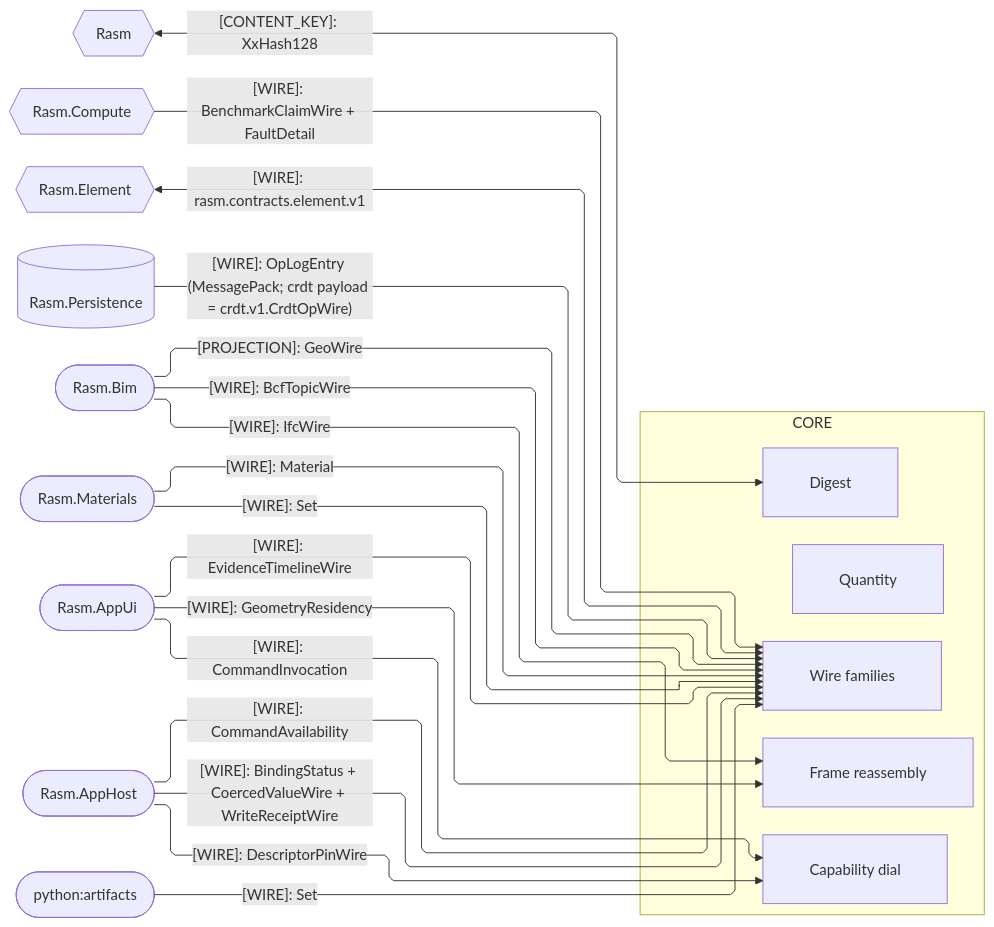
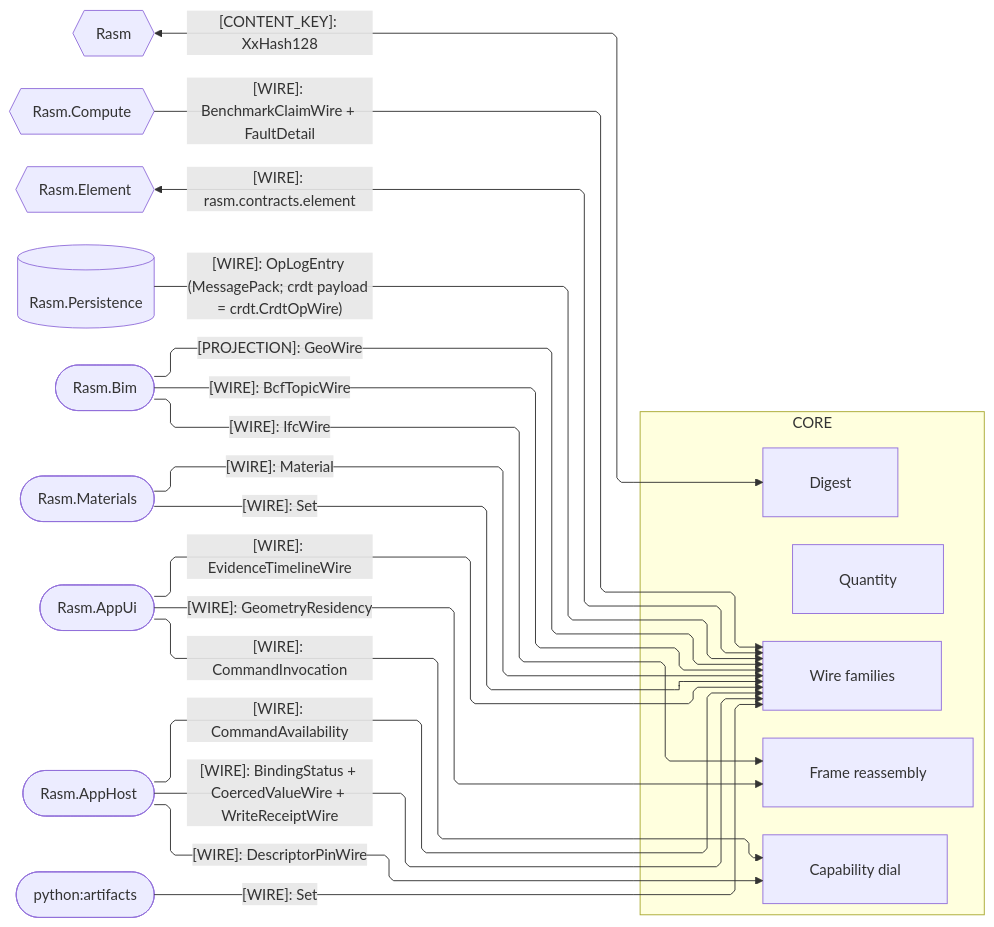
One commit to bsamiee/Rasm changed the second of 4 diagrams in libs/typescript/core/ARCHITECTURE.md. Above: the diagram before and after it, drawn with Mermaid. The commit also changed 640 other files, not shown here.

````diff
--- a/libs/typescript/core/ARCHITECTURE.md
+++ b/libs/typescript/core/ARCHITECTURE.md
@@ -125,44 +125,44 @@
 ```mermaid
 ---
 config:
   layout: elk
   flowchart:
     curve: linear
     padding: 25
 ---
 flowchart LR
     accTitle: Core wire-plane seam registry
     accDescr: Wire, Frame, and Invoke admit peer-owned contracts; every external edge preserves its producer spelling.
     subgraph core[CORE]
         Digest[Digest]
         Quantity[Quantity]
         Wire[Wire families]
         Frame[Frame reassembly]
         Invoke[Capability dial]
     end
     Rasm{{Rasm}}
     Compute{{Rasm.Compute}}
     Element{{Rasm.Element}}
     Persistence[(Rasm.Persistence)]
     Bim([Rasm.Bim])
     Materials([Rasm.Materials])
     AppUi([Rasm.AppUi])
     AppHost([Rasm.AppHost])
     Artifacts([python:artifacts])
     Rasm e1@<-->|"[CONTENT_KEY]: XxHash128"| Digest
     Compute e2@-->|"[WIRE]: BenchmarkClaimWire + FaultDetail"| Wire
-    Element e3@<-->|"[WIRE]: rasm.contracts.element.v1"| Wire
-    Persistence e4@-->|"[WIRE]: OpLogEntry (MessagePack; crdt payload = crdt.v1.CrdtOpWire)"| Wire
+    Element e3@<-->|"[WIRE]: rasm.contracts.element"| Wire
+    Persistence e4@-->|"[WIRE]: OpLogEntry (MessagePack; crdt payload = crdt.CrdtOpWire)"| Wire
     Bim e6@-->|"[WIRE]: IfcWire"| Frame
     Bim e7@-->|"[WIRE]: BcfTopicWire"| Wire
     Materials e9@-->|"[WIRE]: Material"| Wire
     Materials e10@-->|"[WIRE]: Set"| Wire
     Artifacts e11@-->|"[WIRE]: Set"| Wire
     AppUi e12@-->|"[WIRE]: CommandInvocation"| Invoke
     AppUi e13@-->|"[WIRE]: GeometryResidency"| Frame
     AppUi e14@-->|"[WIRE]: EvidenceTimelineWire"| Wire
     AppHost e15@-->|"[WIRE]: DescriptorPinWire"| Invoke
     AppHost e17@-->|"[WIRE]: CommandAvailability"| Wire
     AppHost e18@-->|"[WIRE]: BindingStatus + CoercedValueWire + WriteReceiptWire"| Wire
     Bim e20@-->|"[PROJECTION]: GeoWire"| Wire
 ```
````
